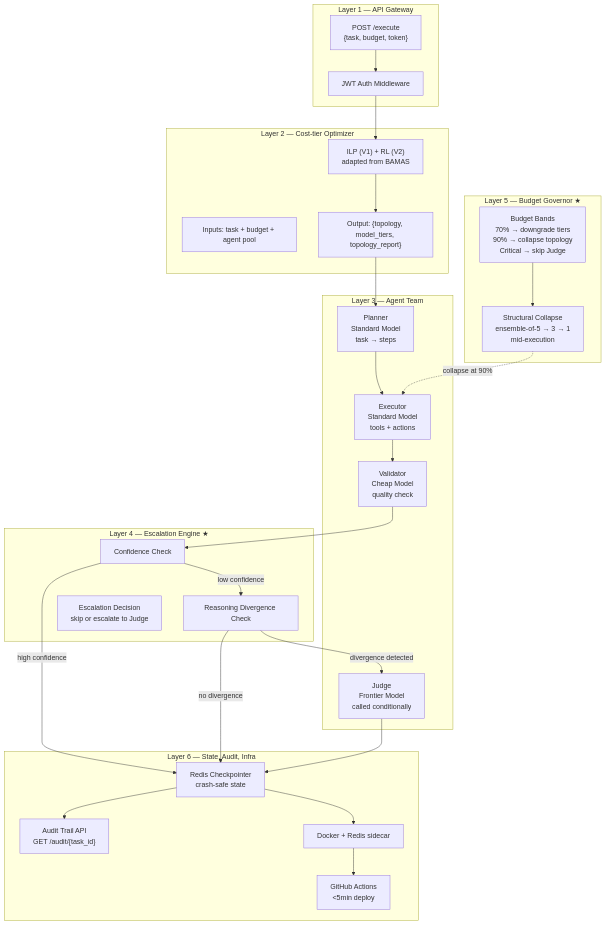
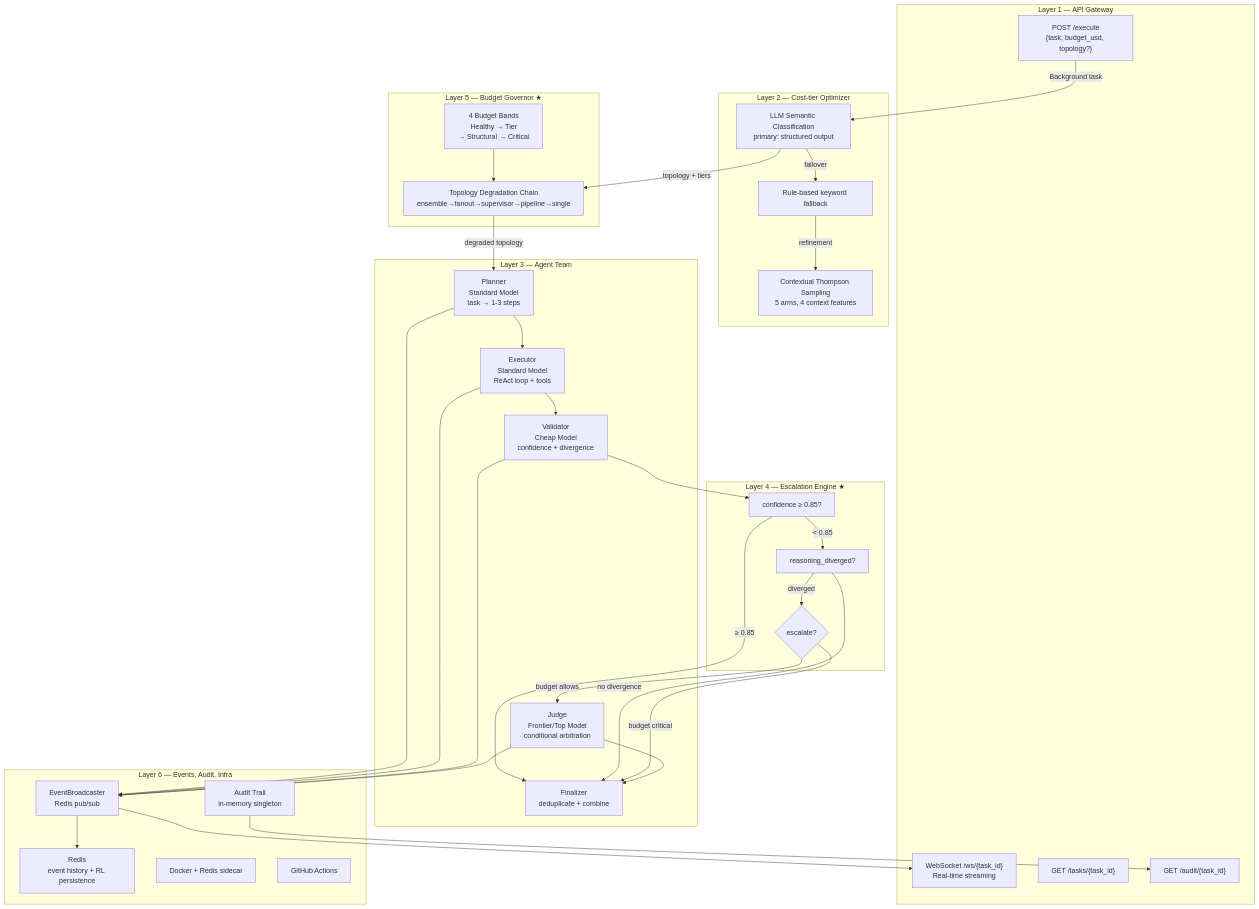
One commit to nikunjkumar05/multi_agent changed the first of 3 diagrams in docs/plan.md. Above: the diagram before and after it, drawn with Mermaid. The commit also changed other lines of this file and 7 other files, not shown here.

````diff
--- a/docs/plan.md
+++ b/docs/plan.md
@@ -30,50 +19,60 @@
 ```mermaid
 flowchart TB
     subgraph "Layer 1 — API Gateway"
-        REQ["POST /execute<br/>{task, budget, token}"]
-        JWT["JWT Auth Middleware"]
-        REQ --> JWT
+        POST["POST /execute<br/>{task, budget_usd, topology?}"]
+        WS["WebSocket /ws/{task_id}<br/>Real-time streaming"]
+        TASK["GET /tasks/{task_id}"]
+        AUDIT["GET /audit/{task_id}"]
     end
     subgraph "Layer 2 — Cost-tier Optimizer"
-        OPT["ILP (V1) + RL (V2)<br/>adapted from BAMAS"]
-        OPT_IN["Inputs: task + budget + agent pool"]
-        OPT_OUT["Output: {topology, model_tiers, topology_report}"]
-        OPT --> OPT_OUT
+        LLM_CLS["LLM Semantic Classification<br/>primary: structured output"]
+        RULE_FB["Rule-based keyword fallback"]
+        RL["Contextual Thompson Sampling<br/>5 arms, 4 context features"]
+        LLM_CLS -->|failover| RULE_FB
+        RULE_FB -->|refinement| RL
     end
     subgraph "Layer 3 — Agent Team"
-        PLAN["Planner<br/>Standard Model<br/>task → steps"]
-        EXEC["Executor<br/>Standard Model<br/>tools + actions"]
-        VAL["Validator<br/>Cheap Model<br/>quality check"]
-        JUDGE["Judge<br/>Frontier Model<br/>called conditionally"]
+        PLAN["Planner<br/>Standard Model<br/>task → 1-3 steps"]
+        EXEC["Executor<br/>Standard Model<br/>ReAct loop + tools"]
+        VAL["Validator<br/>Cheap Model<br/>confidence + divergence"]
+        JUDGE["Judge<br/>Frontier/Top Model<br/>conditional arbitration"]
+        FINAL["Finalizer<br/>deduplicate + combine"]
     end
     subgraph "Layer 4 — Escalation Engine ★"
-        CONF["Confidence Check"]
-        DIV["Reasoning Divergence Check"]
-        ROUTE_ESC["Escalation Decision<br/>skip or escalate to Judge"]
+        CHECK["confidence ≥ 0.85?"]
+        DIV["reasoning_diverged?"]
+        ROUTE{"escalate?"}
     end
     subgraph "Layer 5 — Budget Governor ★"
-        BANDS["Budget Bands<br/>70% → downgrade tiers<br/>90% → collapse topology<br/>Critical → skip Judge"]
-        DEGRADE["Structural Collapse<br/>ensemble-of-5 → 3 → 1<br/>mid-execution"]
+        BANDS["4 Budget Bands<br/>Healthy → Tier<br/>→ Structural → Critical"]
+        DEGRADE["Topology Degradation Chain<br/>ensemble→fanout→supervisor→pipeline→single"]
     end
-    subgraph "Layer 6 — State, Audit, Infra"
-        REDIS["Redis Checkpointer<br/>crash-safe state"]
-        AUDIT["Audit Trail API<br/>GET /audit/{task_id}"]
+    subgraph "Layer 6 — Events, Audit, Infra"
+        EVENTS["EventBroadcaster<br/>Redis pub/sub"]
+        REDIS_DB["Redis<br/>event history + RL persistence"]
+        AUDIT_LOG["Audit Trail<br/>in-memory singleton"]
         DOCKER["Docker + Redis sidecar"]
-        CI["GitHub Actions<br/><5min deploy"]
+        CI["GitHub Actions"]
     end
-    JWT --> OPT
-    OPT_OUT --> PLAN
+    POST -->|"Background task"| LLM_CLS
+    LLM_CLS -->|topology + tiers| DEGRADE
+    BANDS --> DEGRADE
+    DEGRADE -->|degraded topology| PLAN
     PLAN --> EXEC
     EXEC --> VAL
-    VAL --> CONF
-    CONF -->|"high confidence"| REDIS
-    CONF -->|"low confidence"| DIV
-    DIV -->|"no divergence"| REDIS
-    DIV -->|"divergence detected"| JUDGE
-    JUDGE --> REDIS
-    REDIS --> AUDIT
-    BANDS --> DEGRADE
-    DEGRADE -.->|"collapse at 90%"| EXEC
-    REDIS --> DOCKER
-    DOCKER --> CI
+    VAL --> CHECK
+    CHECK -->|"≥ 0.85"| FINAL
+    CHECK -->|"< 0.85"| DIV
+    DIV -->|"no divergence"| FINAL
+    DIV -->|"diverged"| ROUTE
+    ROUTE -->|"budget allows"| JUDGE
+    ROUTE -->|"budget critical"| FINAL
+    JUDGE --> FINAL
+    PLAN --> EVENTS
+    EXEC --> EVENTS
+    VAL --> EVENTS
+    JUDGE --> EVENTS
+    EVENTS --> WS
+    AUDIT_LOG --> AUDIT
+    EVENTS --> REDIS_DB
 ```
````
